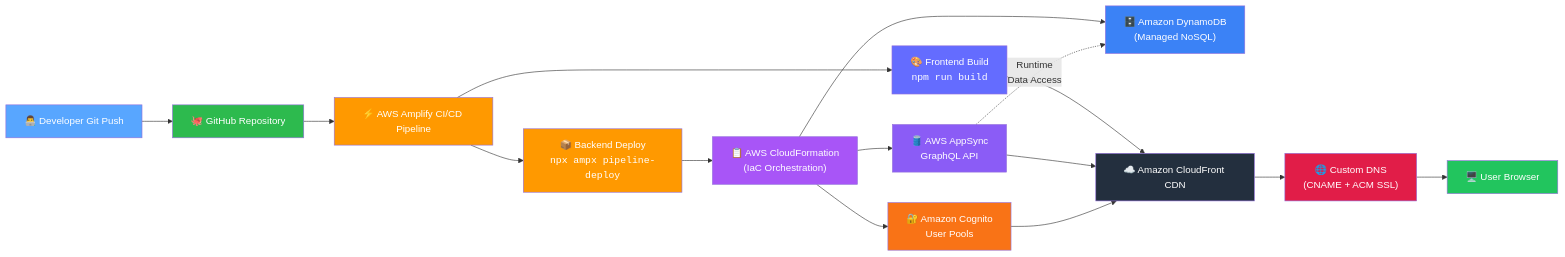
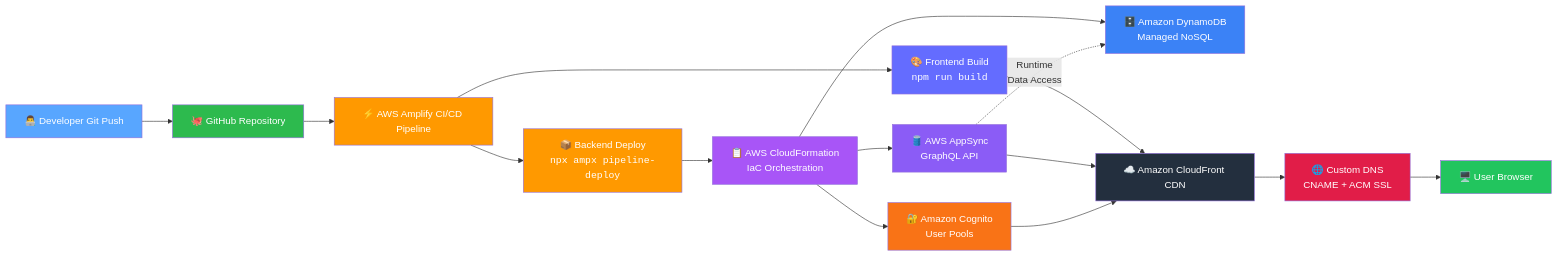
Before and after one commit to Ru-Dipity/Tennis-Score-Board: the diagram in README.md, drawn with Mermaid. The commit also changed other lines of this file and 4 other files, not shown here.

````diff
--- a/README.md
+++ b/README.md
@@ -25,33 +25,33 @@
 ```mermaid
 flowchart LR
     A["👨‍💻 Developer Git Push"] --> B["🐙 GitHub Repository"]
     B --> C["⚡ AWS Amplify CI/CD Pipeline"]
     C --> D["📦 Backend Deploy<br/><code>npx ampx pipeline-deploy</code>"]
     C --> E["🎨 Frontend Build<br/><code>npm run build</code>"]
 
-    D --> F["📋 AWS CloudFormation<br/>(IaC Orchestration)"]
+    D --> F["📋 AWS CloudFormation<br/>IaC Orchestration"]
     F --> G["🛢️ AWS AppSync<br/>GraphQL API"]
     F --> H["🔐 Amazon Cognito<br/>User Pools"]
-    F --> I["🗄️ Amazon DynamoDB<br/>(Managed NoSQL)"]
+    F --> I["🗄️ Amazon DynamoDB<br/>Managed NoSQL"]
 
     E --> J["☁️ Amazon CloudFront CDN"]
-    J --> K["🌐 Custom DNS<br/>(CNAME + ACM SSL)"]
+    J --> K["🌐 Custom DNS<br/>CNAME + ACM SSL"]
     K --> L["🖥️ User Browser"]
 
     G -.->|Runtime<br/>Data Access| I
     G --> J
     H --> J
 
     style A fill:#58a6ff,color:#fff
     style B fill:#2dba4e,color:#fff
     style C fill:#ff9900,color:#fff
     style D fill:#ff9900,color:#fff
     style E fill:#646cff,color:#fff
     style F fill:#a855f7,color:#fff
     style G fill:#8b5cf6,color:#fff
     style H fill:#f97316,color:#fff
     style I fill:#3b82f6,color:#fff
     style J fill:#232f3e,color:#fff
     style K fill:#e11d48,color:#fff
     style L fill:#22c55e,color:#fff
 ```
````
